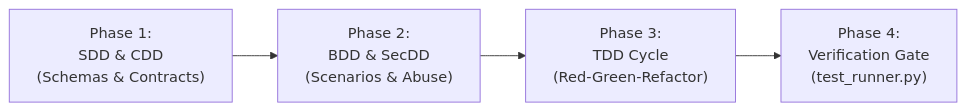
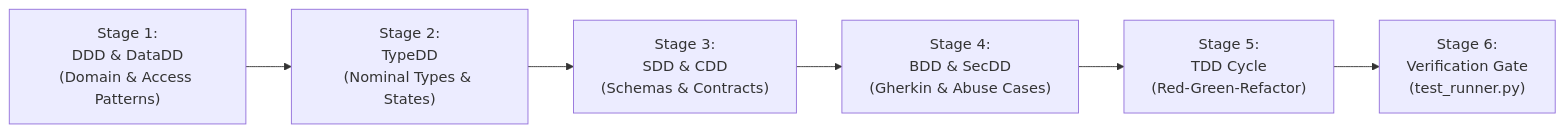
Before and after one commit to brunoez/skills-prompts: the diagram in skills/driven-development/SKILL.md, drawn with Mermaid. The commit also changed other lines of this file and 14 other files, not shown here.

````diff
--- a/skills/driven-development/SKILL.md
+++ b/skills/driven-development/SKILL.md
@@ -36,6 +40,8 @@
 ```mermaid
 flowchart LR
-    P1["Phase 1:<br/>SDD & CDD<br/>(Schemas & Contracts)"] --> P2["Phase 2:<br/>BDD & SecDD<br/>(Scenarios & Abuse)"]
-    P2 --> P3["Phase 3:<br/>TDD Cycle<br/>(Red-Green-Refactor)"]
-    P3 --> P4["Phase 4:<br/>Verification Gate<br/>(test_runner.py)"]
+    S1["Stage 1:<br/>DDD & DataDD<br/>(Domain & Access Patterns)"] --> S2["Stage 2:<br/>TypeDD<br/>(Nominal Types & States)"]
+    S2 --> S3["Stage 3:<br/>SDD & CDD<br/>(Schemas & Contracts)"]
+    S3 --> S4["Stage 4:<br/>BDD & SecDD<br/>(Gherkin & Abuse Cases)"]
+    S4 --> S5["Stage 5:<br/>TDD Cycle<br/>(Red-Green-Refactor)"]
+    S5 --> S6["Stage 6:<br/>Verification Gate<br/>(test_runner.py)"]
 ```
````
